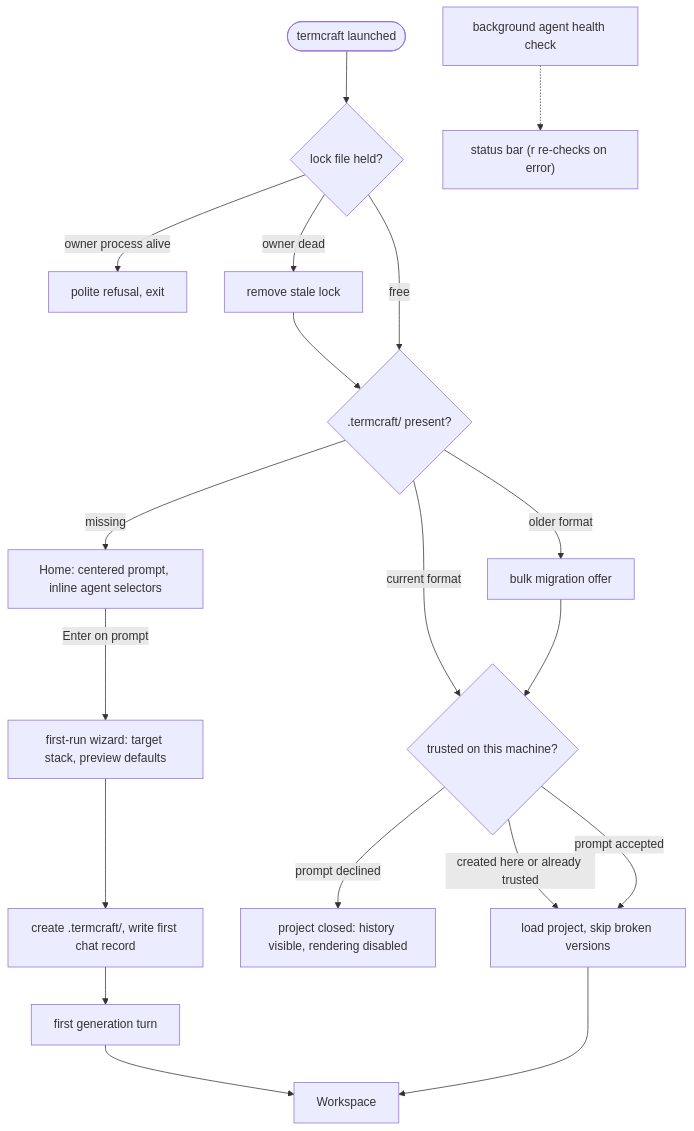
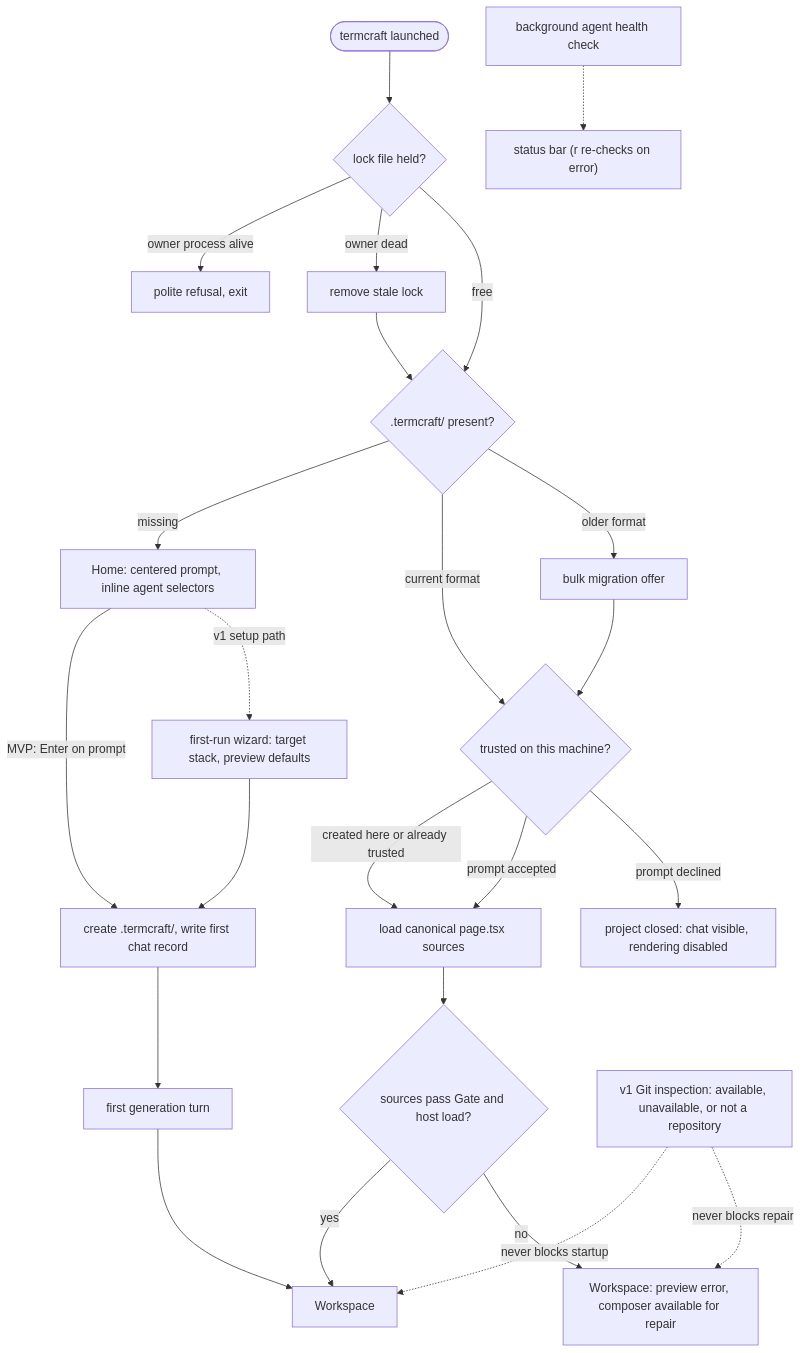
One commit to khmilevoi/termcraft changed the diagram in docs/architecture/flows/launch.md. Above: the diagram before and after it, drawn with Mermaid. The commit also changed other lines of this file and 3 other files, not shown here.

Commit message:
docs(architecture): replace private version storage

````diff
--- a/docs/architecture/flows/launch.md
+++ b/docs/architecture/flows/launch.md
@@ -3,19 +3,23 @@
 ```mermaid
 flowchart TD
     start(["termcraft launched"]) --> lockq{"lock file held?"}
     lockq -- "owner process alive" --> refuse["polite refusal, exit"]
     lockq -- "owner dead" --> stale["remove stale lock"] --> findq
     lockq -- "free" --> findq{".termcraft/ present?"}
     findq -- "missing" --> home["Home: centered prompt, inline agent selectors"]
     findq -- "current format" --> trustq{"trusted on this machine?"}
     findq -- "older format" --> offer["bulk migration offer"] --> trustq
-    trustq -- "created here or already trusted" --> load["load project, skip broken versions"]
+    trustq -- "created here or already trusted" --> load["load canonical page.tsx sources"]
     trustq -- "prompt accepted" --> load
-    trustq -- "prompt declined" --> closed["project closed: history visible, rendering disabled"]
-    home -- "Enter on prompt" --> wizard["first-run wizard: target stack, preview defaults"]
-    wizard --> create["create .termcraft/, write first chat record"]
-    create --> firstgen["first generation turn"]
-    firstgen --> ws["Workspace"]
-    load --> ws
+    trustq -- "prompt declined" --> closed["project closed: chat visible, rendering disabled"]
+    load --> sourceq{"sources pass Gate and host load?"}
+    sourceq -- "yes" --> ws["Workspace"]
+    sourceq -- "no" --> broken["Workspace: preview error, composer available for repair"]
+    home -- "MVP: Enter on prompt" --> create["create .termcraft/, write first chat record"]
+    home -. "v1 setup path" .-> wizard["first-run wizard: target stack, preview defaults"]
+    wizard --> create
+    create --> firstgen["first generation turn"] --> ws
+    gitstate["v1 Git inspection: available, unavailable, or not a repository"] -. "never blocks startup" .-> ws
+    gitstate -. "never blocks repair" .-> broken
     health["background agent health check"] -.-> bar["status bar (r re-checks on error)"]
 ```
````
